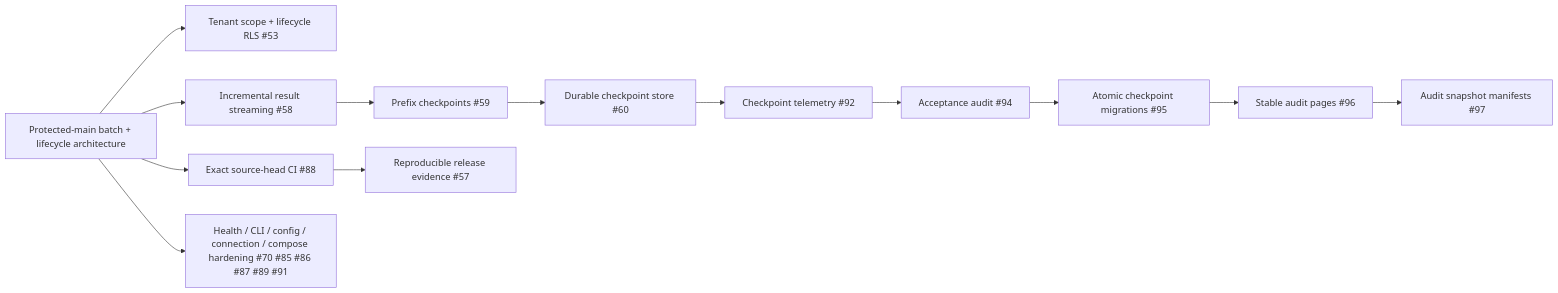
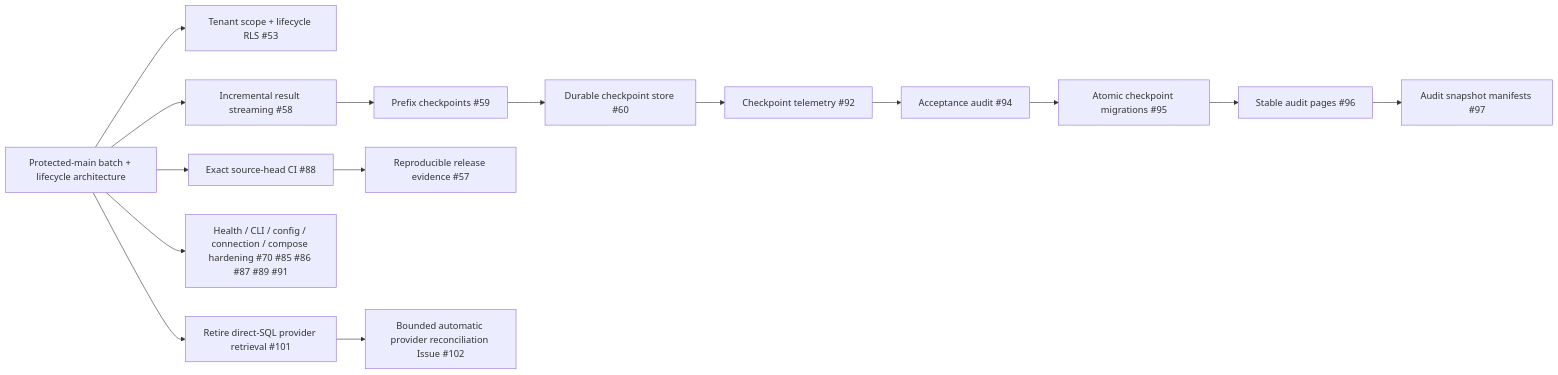
The second of 2 diagrams in ARCHITECTURE.md (ContextualWisdomLab/pg-llm-batch), drawn with Mermaid before and after one commit. The commit also changed other lines of this file, not shown here.

Commit message:
docs(architecture): bind provider retrieval transition

````diff
--- a/ARCHITECTURE.md
+++ b/ARCHITECTURE.md
@@ -173,29 +173,33 @@
 ```mermaid
 flowchart LR
     Protected[Protected-main batch + lifecycle architecture]
     Tenant[Tenant scope + lifecycle RLS #53]
     Stream[Incremental result streaming #58]
     Checkpoint[Prefix checkpoints #59]
     DurableCP[Durable checkpoint store #60]
     CPTelemetry[Checkpoint telemetry #92]
     Audit[Acceptance audit #94]
     Migrations[Atomic checkpoint migrations #95]
     Pages[Stable audit pages #96]
     Manifest[Audit snapshot manifests #97]
     ExactCI[Exact source-head CI #88]
     Release[Reproducible release evidence #57]
     Ops[Health / CLI / config / connection / compose hardening #70 #85 #86 #87 #89 #91]
+    RetireSQL[Retire direct-SQL provider retrieval #101]
+    Reconcile[Bounded automatic provider reconciliation Issue #102]
 
     Protected --> Tenant
     Protected --> Stream
     Stream --> Checkpoint
     Checkpoint --> DurableCP
     DurableCP --> CPTelemetry
     CPTelemetry --> Audit
     Audit --> Migrations
     Migrations --> Pages
     Pages --> Manifest
     Protected --> ExactCI
     ExactCI --> Release
     Protected --> Ops
+    Protected --> RetireSQL
+    RetireSQL --> Reconcile
 ```
````
